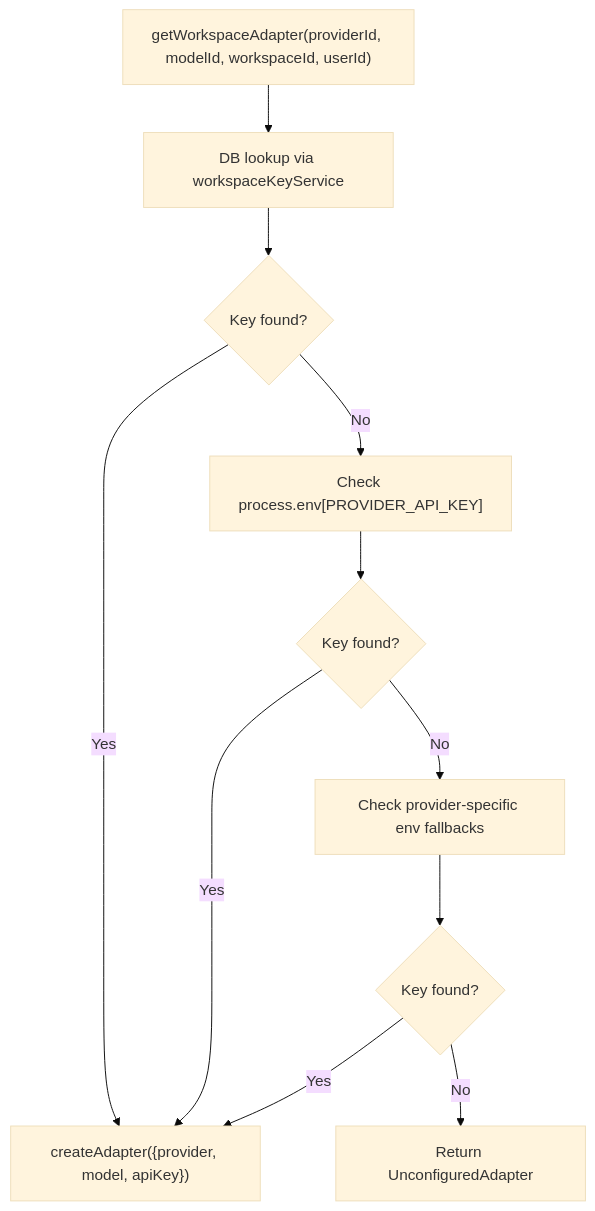
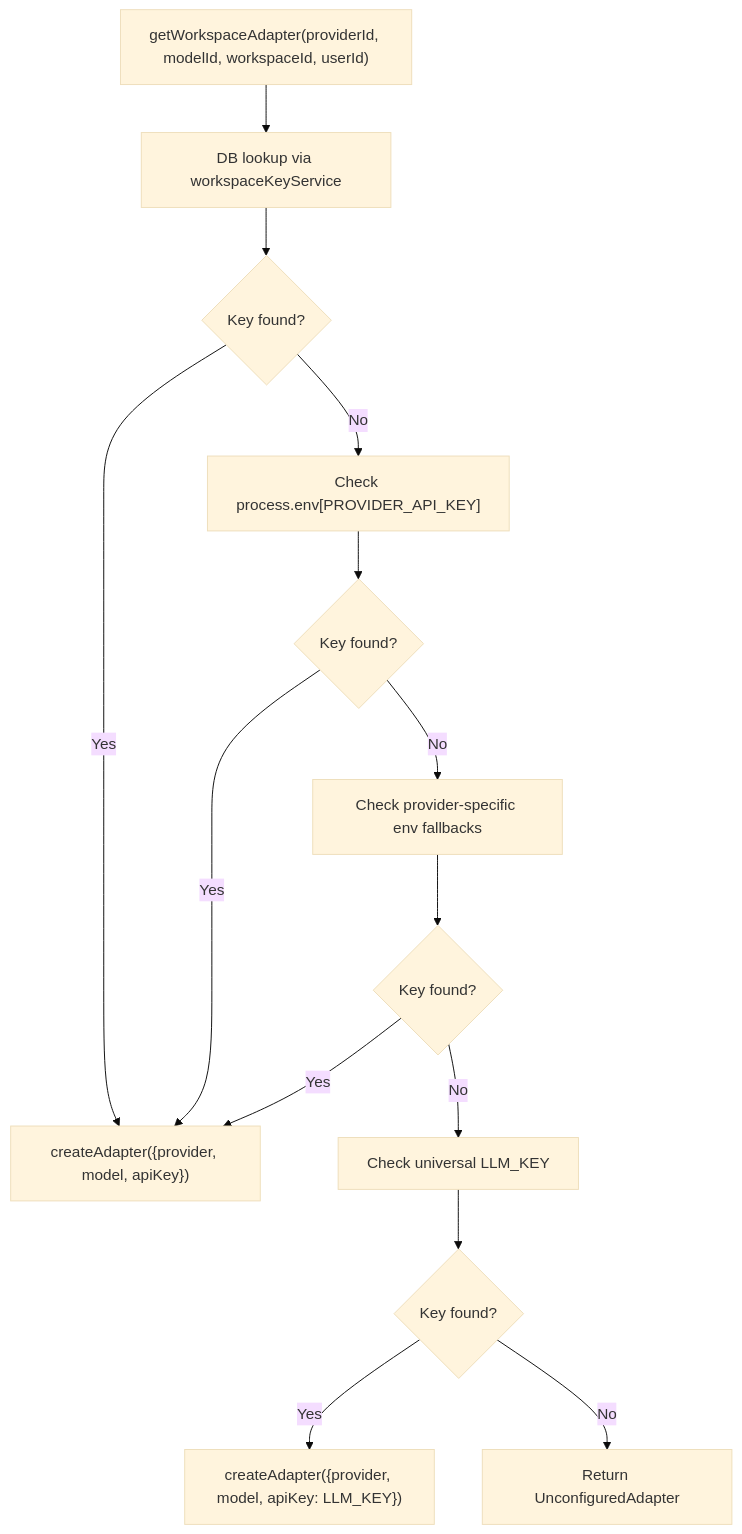
One commit to shekhargiri005-dotcom/AI-powered-accessibility-first-UI-engine changed the eighth of 10 diagrams in .qoder/repowiki/en/content/Architecture & Design/Layered Architecture/Business Logic Layer/AI Provider Adapter System.md. Above: the diagram before and after it, drawn with Mermaid (base theme). The commit also changed other lines of this file and 8 other files, not shown here.

````diff
--- a/.qoder/repowiki/en/content/Architecture & Design/Layered Architecture/Business Logic Layer/AI Provider Adapter System.md
+++ b/.qoder/repowiki/en/content/Architecture & Design/Layered Architecture/Business Logic Layer/AI Provider Adapter System.md
@@ -307,13 +379,16 @@
 ```mermaid
 flowchart TD
 A["getWorkspaceAdapter(providerId, modelId, workspaceId, userId)"] --> B["DB lookup via workspaceKeyService"]
 B --> C{"Key found?"}
 C -- Yes --> D["createAdapter({provider, model, apiKey})"]
 C -- No --> E["Check process.env[PROVIDER_API_KEY]"]
 E --> F{"Key found?"}
 F -- Yes --> D
 F -- No --> G["Check provider-specific env fallbacks"]
 G --> H{"Key found?"}
 H -- Yes --> D
-H -- No --> I["Return UnconfiguredAdapter"]
+H -- No --> I["Check universal LLM_KEY"]
+I --> J{"Key found?"}
+J -- Yes --> K["createAdapter({provider, model, apiKey: LLM_KEY})"]
+J -- No --> L["Return UnconfiguredAdapter"]
 ```
````
